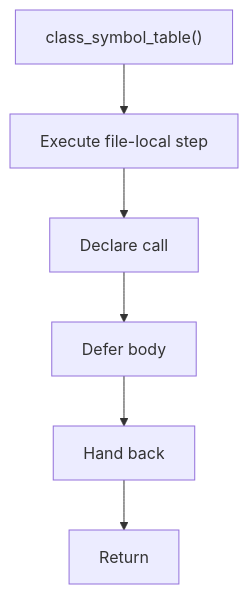
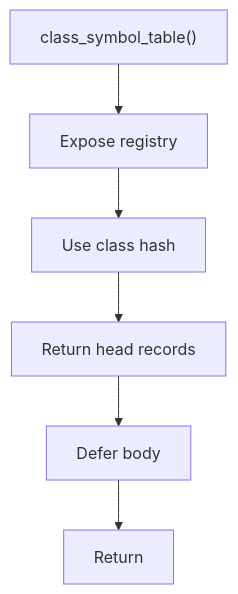
One commit to JohnAndrewBalbarosa/NeoTerritory changed the diagram in docs/Codebase/Microservice/Modules/Header/Analysis/ImplementationUse/Binding/Symbols/Flow/functions/class_symbol_table.hpp.md. Above: the diagram before and after it, drawn with Mermaid. The commit also changed other lines of this file and 147 other files, not shown here.

````diff
--- a/docs/Codebase/Microservice/Modules/Header/Analysis/ImplementationUse/Binding/Symbols/Flow/functions/class_symbol_table.hpp.md
+++ b/docs/Codebase/Microservice/Modules/Header/Analysis/ImplementationUse/Binding/Symbols/Flow/functions/class_symbol_table.hpp.md
@@ -16,14 +24,14 @@
 ```mermaid
 flowchart TD
     Start["class_symbol_table()"]
-    N0["Execute file-local step"]
-    N1["Declare call"]
-    N2["Defer body"]
-    N3["Hand back"]
+    N0["Expose registry"]
+    N1["Use class hash"]
+    N2["Return head records"]
+    N3["Defer body"]
     End["Return"]
     Start --> N0
     N0 --> N1
     N1 --> N2
     N2 --> N3
     N3 --> End
 ```
````
